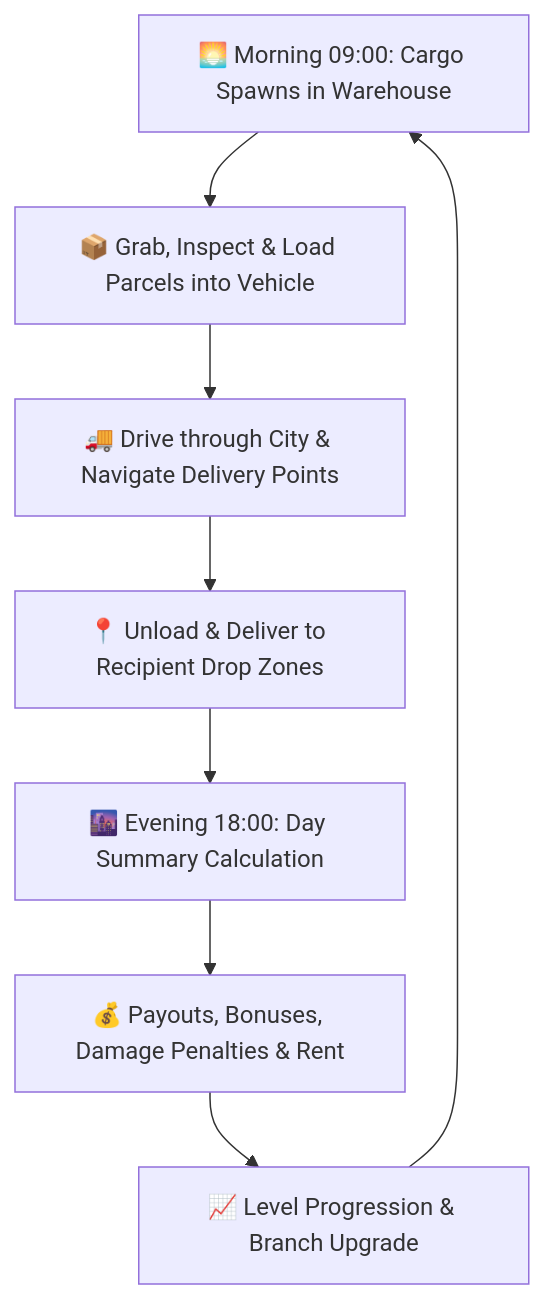
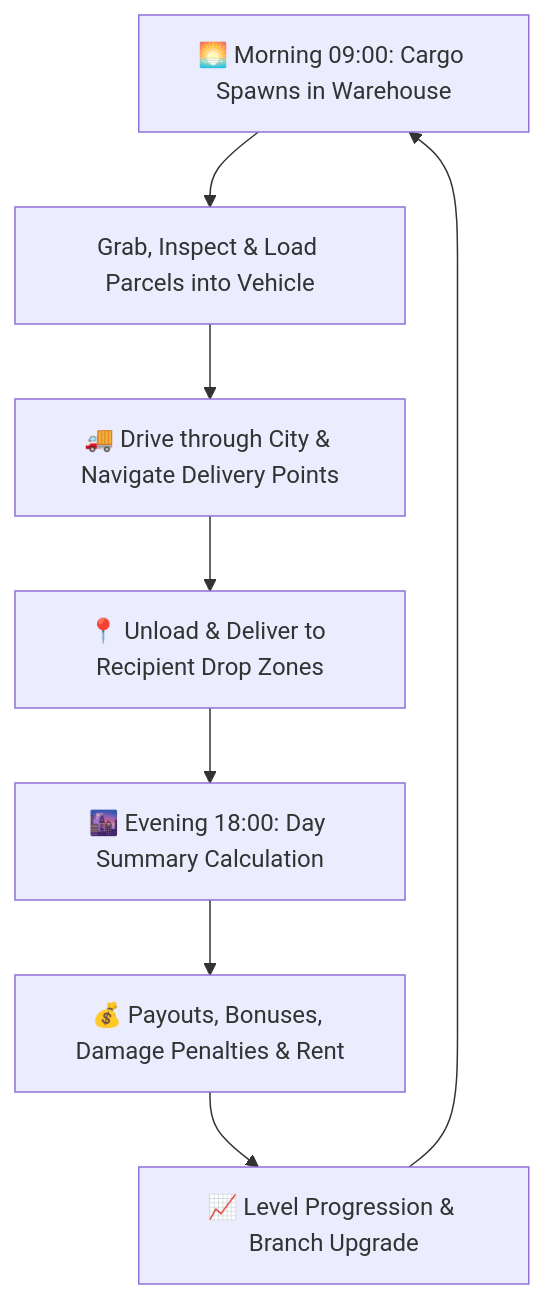
The diagram in README.md (HARUNLUK/Unity-Delivery-Project), drawn with Mermaid before and after one commit. The commit also changed other lines of this file and 27 other files, not shown here.

````diff
--- a/README.md
+++ b/README.md
@@ -39,10 +39,10 @@
 ```mermaid
 graph TD
-    A[🌅 Morning 09:00: Cargo Spawns in Warehouse] --> B[📦 Grab, Inspect & Load Parcels into Vehicle]
+    A[🌅 Morning 09:00: Cargo Spawns in Warehouse] --> B[Grab, Inspect & Load Parcels into Vehicle]
     B --> C[🚚 Drive through City & Navigate Delivery Points]
     C --> D[📍 Unload & Deliver to Recipient Drop Zones]
     D --> E[🌆 Evening 18:00: Day Summary Calculation]
     E --> F[💰 Payouts, Bonuses, Damage Penalties & Rent]
     F --> G[📈 Level Progression & Branch Upgrade]
     G --> A
 ```
````
